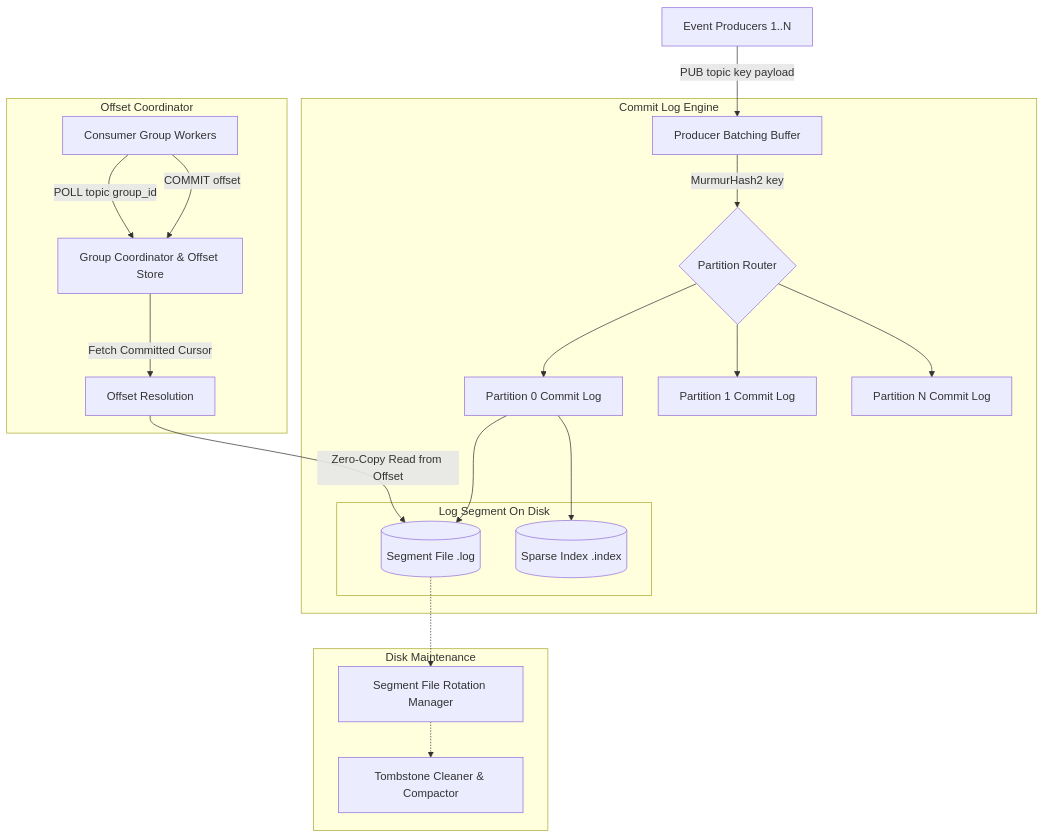
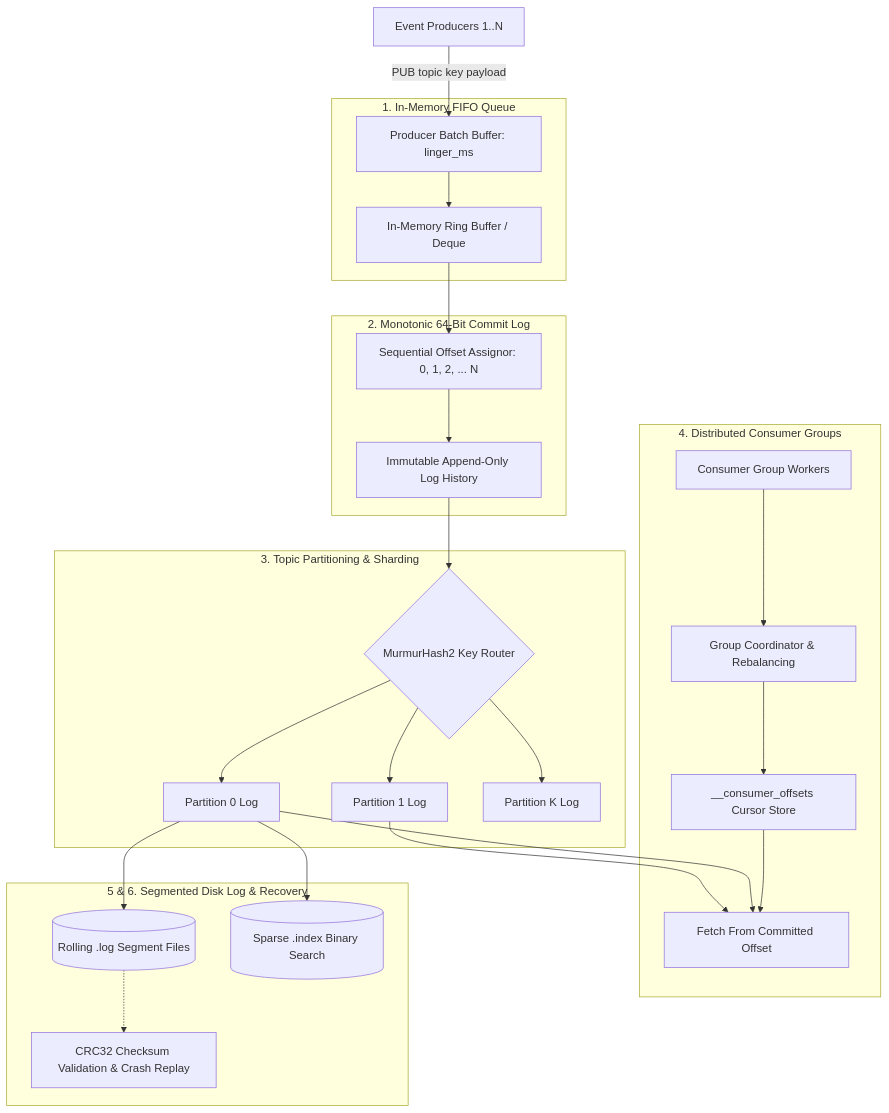
One commit to PandiaJason/ALGO changed the fifth of 12 diagrams in CHALLENGES_ARCHITECTURE.md. Above: the diagram before and after it, drawn with Mermaid. The commit also changed other lines of this file and 12 other files, not shown here.

Commit message:
refactor(curriculum): reframe challenges with honest systems engineering archetypes, flowcharts, and experimental benchmarks

````diff
--- a/CHALLENGES_ARCHITECTURE.md
+++ b/CHALLENGES_ARCHITECTURE.md
@@ -253,30 +274,34 @@
 ```mermaid
 flowchart TD
-    Producer[Event Producers 1..N] -->|PUB topic key payload| IngressBuf[Producer Batching Buffer]
+    Producer[Event Producers 1..N] -->|PUB topic key payload| IngressBuf[Producer Batch Buffer: linger_ms]
     
-    subgraph Topic & Partition Broker [Commit Log Engine]
-        IngressBuf -->|MurmurHash2 key| PartitionSelect{Partition Router}
-        PartitionSelect --> Partition0[Partition 0 Commit Log]
-        PartitionSelect --> Partition1[Partition 1 Commit Log]
-        PartitionSelect --> PartitionN[Partition N Commit Log]
-        
-        subgraph Segment Anatomy [Log Segment On Disk]
-            LogFile[(Segment File .log)]
-            IndexFile[(Sparse Index .index)]
-        end
-        Partition0 --> LogFile
-        Partition0 --> IndexFile
+    subgraph ProgressionStep1 [1. In-Memory FIFO Queue]
+        IngressBuf --> QueueCore[In-Memory Ring Buffer / Deque]
     end
 
-    subgraph Consumer Subsystem [Offset Coordinator]
-        ConsumerGroup[Consumer Group Workers] -->|POLL topic group_id| GroupCoord[Group Coordinator & Offset Store]
-        GroupCoord -->|Fetch Committed Cursor| CursorCheck[Offset Resolution]
-        CursorCheck -->|Zero-Copy Read from Offset| LogFile
-        ConsumerGroup -->|COMMIT offset| GroupCoord
+    subgraph ProgressionStep2 [2. Monotonic 64-Bit Commit Log]
+        QueueCore --> OffsetAssign[Sequential Offset Assignor: 0, 1, 2, ... N]
+        OffsetAssign --> ImmutableLog[Immutable Append-Only Log History]
     end
 
-    subgraph Durability & Compaction [Disk Maintenance]
-        LogFile -.-> SegmentRotator[Segment File Rotation Manager]
-        SegmentRotator -.-> RetentionEngine[Tombstone Cleaner & Compactor]
+    subgraph ProgressionStep3 [3. Topic Partitioning & Sharding]
+        ImmutableLog --> Partitioner{MurmurHash2 Key Router}
+        Partitioner --> Part0[Partition 0 Log]
+        Partitioner --> Part1[Partition 1 Log]
+        Partitioner --> PartK[Partition K Log]
+    end
+
+    subgraph ProgressionStep4 [4. Distributed Consumer Groups]
+        ConsumerGroup[Consumer Group Workers] --> GroupCoord[Group Coordinator & Rebalancing]
+        GroupCoord --> OffsetStore[__consumer_offsets Cursor Store]
+        OffsetStore --> CursorRead[Fetch From Committed Offset]
+        Part0 --> CursorRead
+        Part1 --> CursorRead
+    end
+
+    subgraph ProgressionStep5_6 [5 & 6. Segmented Disk Log & Recovery]
+        Part0 --> LogSegment[(Rolling .log Segment Files)]
+        Part0 --> SparseIndex[(Sparse .index Binary Search)]
+        LogSegment -.-> CRCValidator[CRC32 Checksum Validation & Crash Replay]
     end
 ```
````
